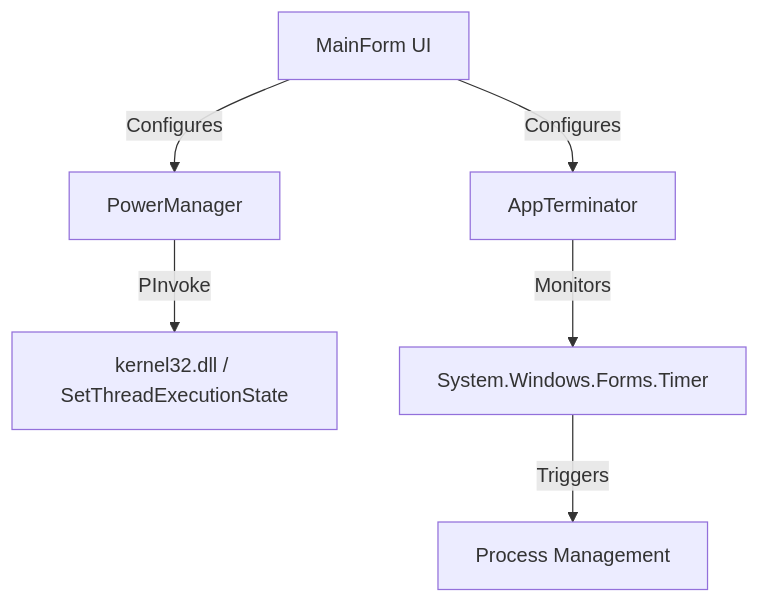
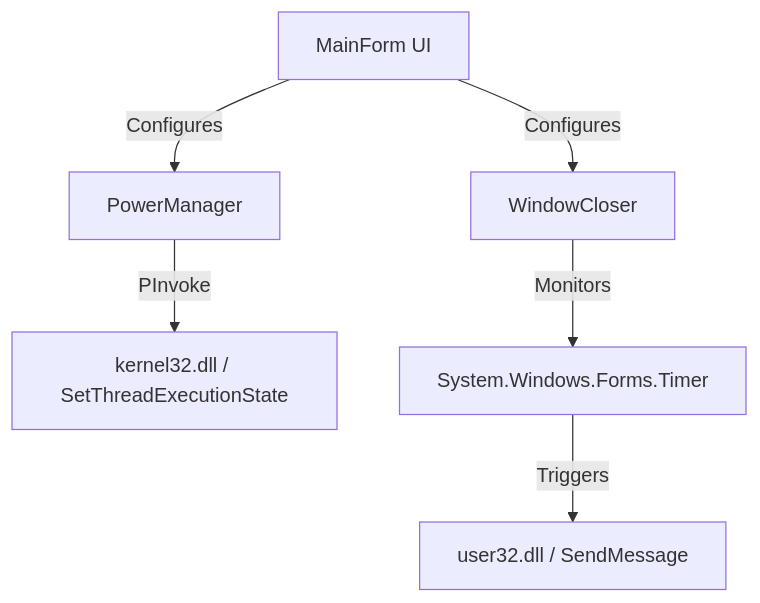
One commit to aforemendude/stay-awake changed the diagram in technical_design_document.md. Above: the diagram before and after it, drawn with Mermaid. The commit also changed other lines of this file, not shown here.

Commit message:
feat: Replace process termination with graceful window closing using `SendMessage` and update related documentation.

````diff
--- a/technical_design_document.md
+++ b/technical_design_document.md
@@ -31,8 +31,8 @@
 ```mermaid
 graph TD
     UI[MainForm UI] -->|Configures| Manager[PowerManager]
-    UI -->|Configures| Terminator[AppTerminator]
+    UI -->|Configures| Closer[WindowCloser]
     Manager -->|PInvoke| Win32[kernel32.dll / SetThreadExecutionState]
-    Terminator -->|Monitors| Timer[System.Windows.Forms.Timer]
-    Timer -->|Triggers| Proc[Process Management]
+    Closer -->|Monitors| Timer[System.Windows.Forms.Timer]
+    Timer -->|Triggers| WinUser[user32.dll / SendMessage]
 ```
````
